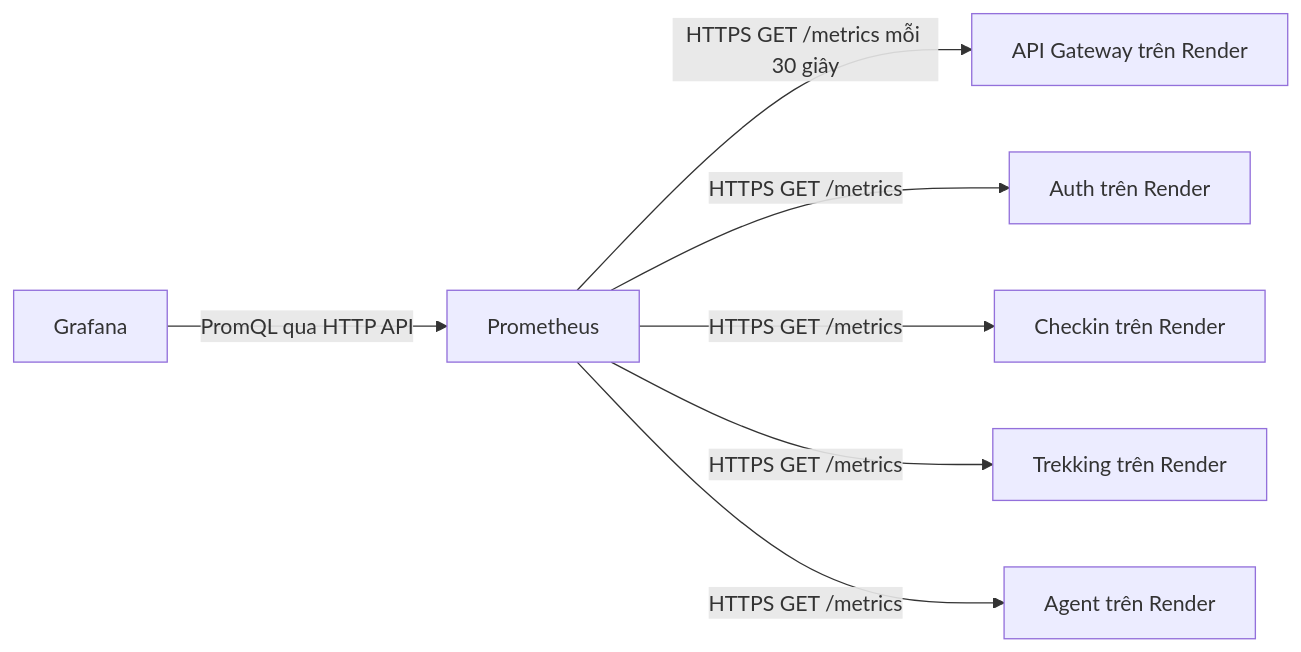
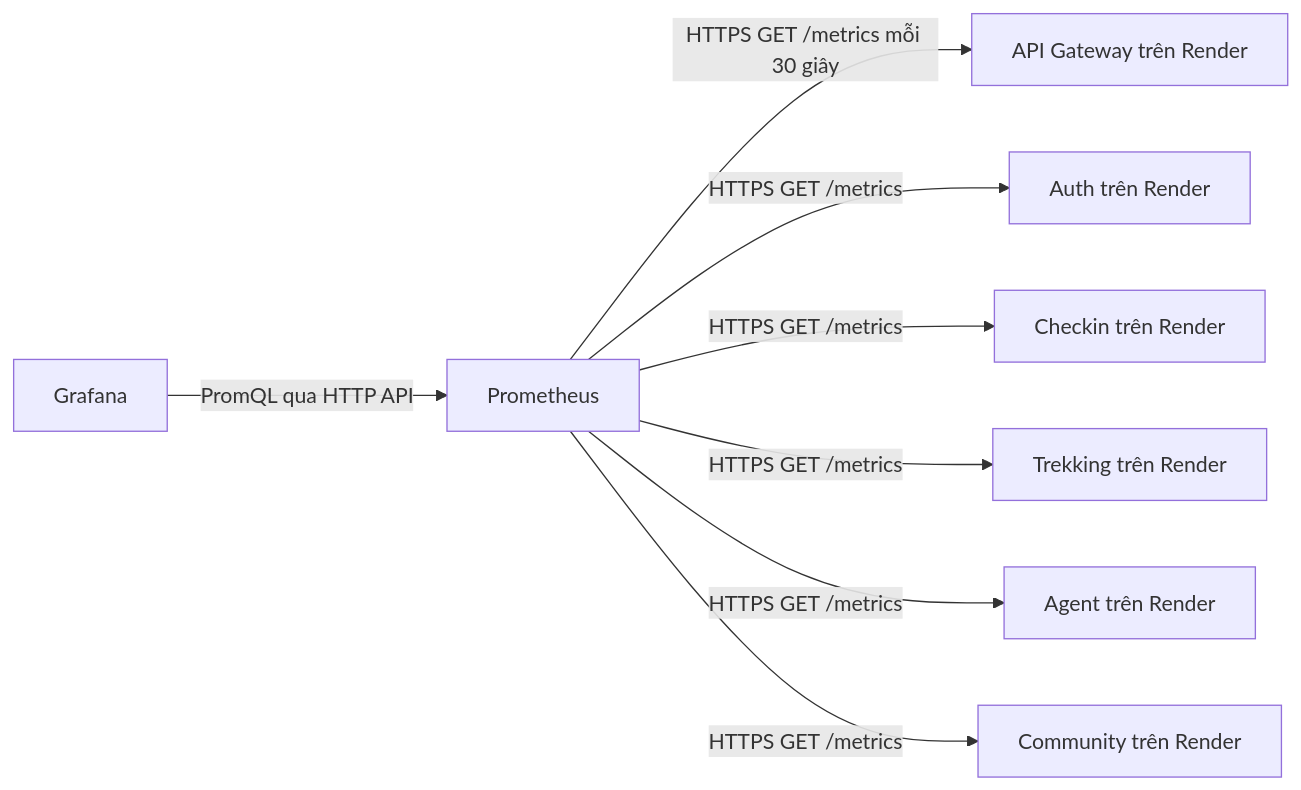
Before and after one commit to LeVanAnUITK19/Backend-TrekVN: the diagram in backend/infrastructure/monitoring/README.md, drawn with Mermaid. The commit also changed other lines of this file and 1 other file, not shown here.

First line of the commit message:
feat(monitoring): add Prometheus scraping for community-service

````diff
--- a/backend/infrastructure/monitoring/README.md
+++ b/backend/infrastructure/monitoring/README.md
@@ -22,9 +11,10 @@
 ```mermaid
 flowchart LR
   P[Prometheus] -->|HTTPS GET /metrics mỗi 30 giây| G[API Gateway trên Render]
   P -->|HTTPS GET /metrics| A[Auth trên Render]
   P -->|HTTPS GET /metrics| C[Checkin trên Render]
   P -->|HTTPS GET /metrics| T[Trekking trên Render]
   P -->|HTTPS GET /metrics| AI[Agent trên Render]
+  P -->|HTTPS GET /metrics| CO[Community trên Render]
   F[Grafana] -->|PromQL qua HTTP API| P
 ```
````
